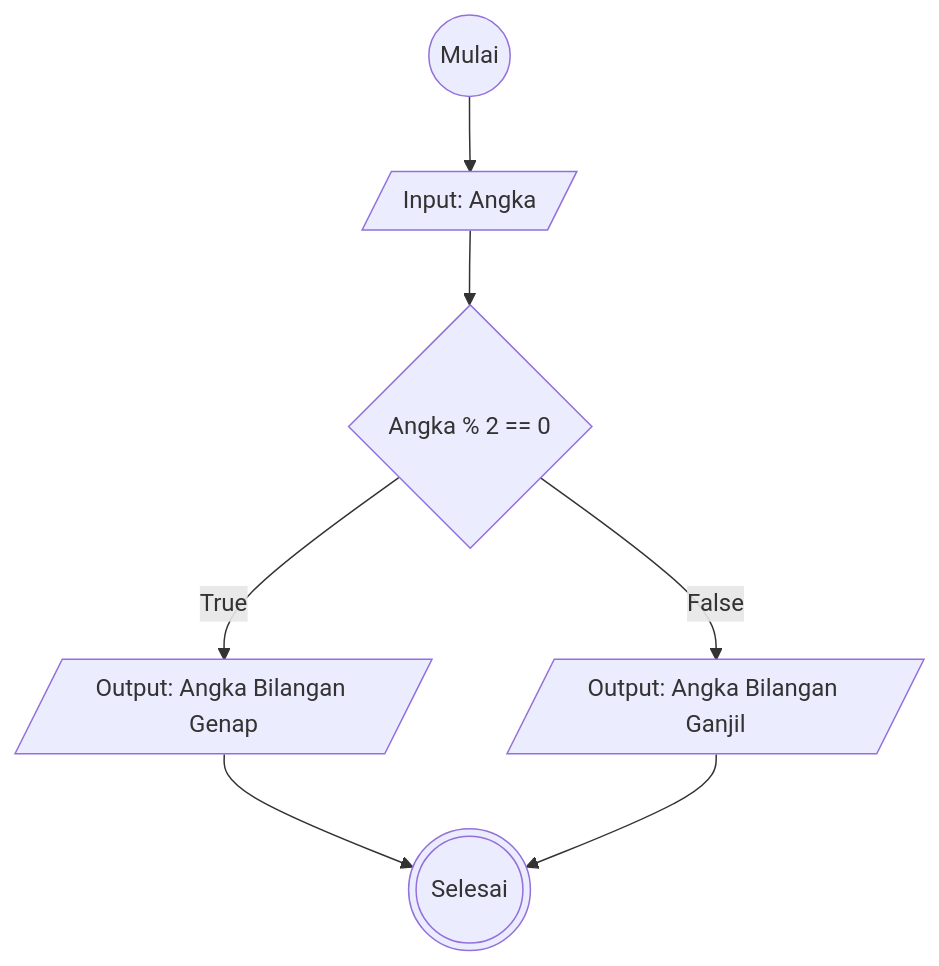
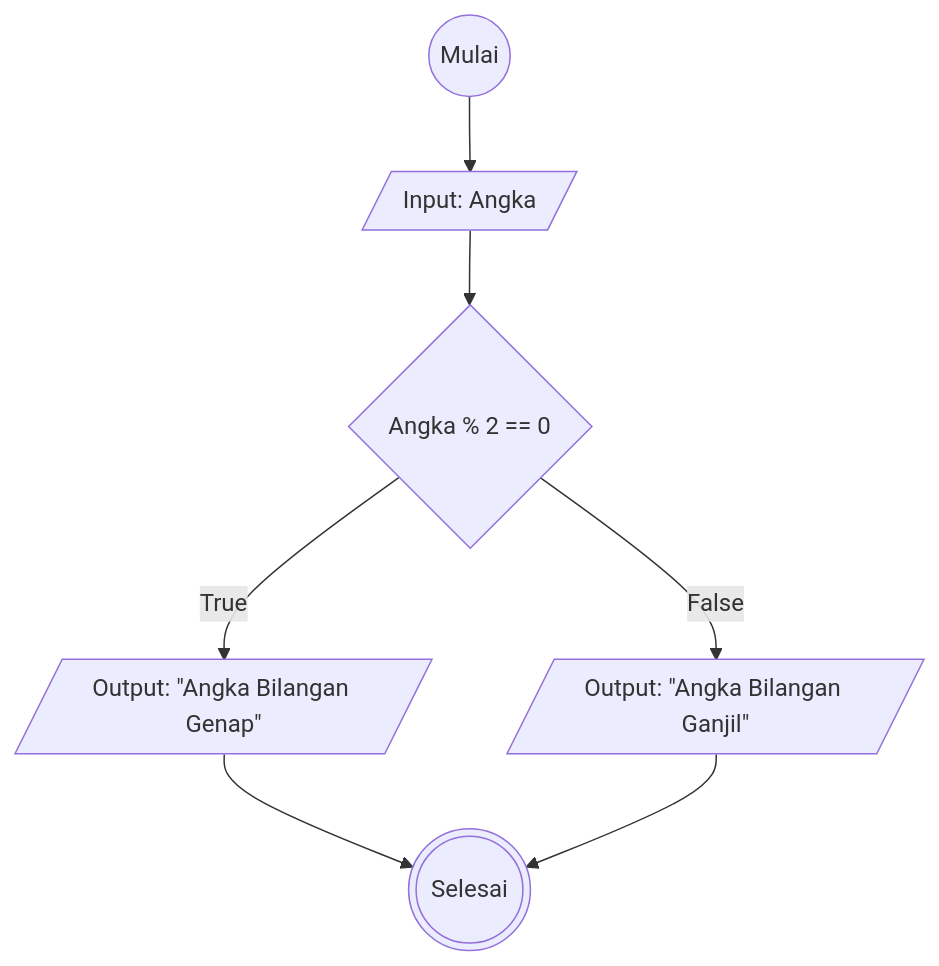
Before and after one commit to alhilalfathi/koda-b6-algoritma: the diagram in flowchart-ganjil-genap.md, drawn with Mermaid.

````diff
--- a/flowchart-ganjil-genap.md
+++ b/flowchart-ganjil-genap.md
@@ -1,14 +1,13 @@
 ```mermaid
 flowchart TD
     A@{ shape: circle, label: "Mulai" }
     B@{ shape: lean-r, label: "Input: Angka"}
-    
     C@{ shape: diamond, label: "Angka % 2 == 0"}
-    F@{ shape: lean-r, label: "Output: Angka Bilangan Genap"}
-    G@{ shape: lean-r, label: "Output: Angka Bilangan Ganjil"}
+    F@{ shape: lean-r, label: "Output: #quot;Angka Bilangan Genap#quot;"}
+    G@{ shape: lean-r, label: "Output: #quot;Angka Bilangan Ganjil#quot;"}
     H@{ shape: dbl-circ, label: "Selesai"}
 
 A --> B --> C -- True --> F
 C -- False --> G
 F & G --> H
 ```
````
